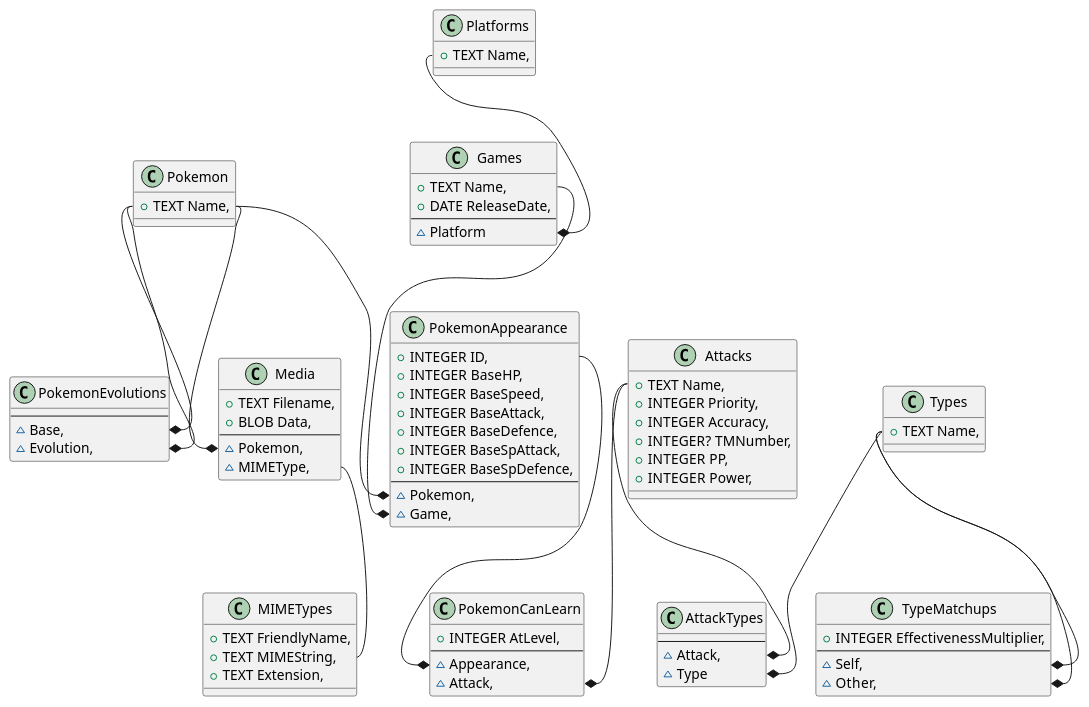
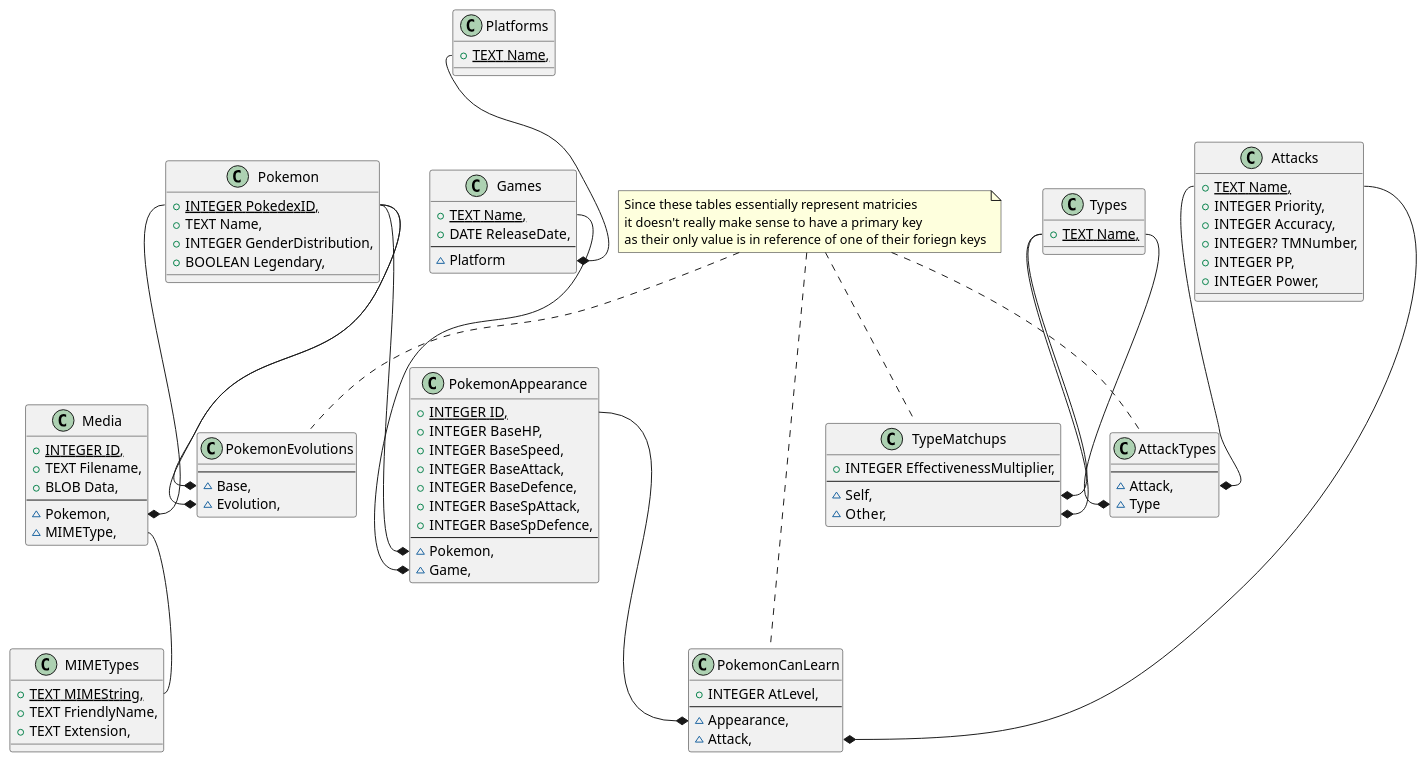
One commit to 0xADD1E/Databases-Project changed the diagram in Phase1/UML.plantuml. Above: the diagram before and after it, drawn with PlantUML.

Commit message:
A'ight I think we finally have it A pretty-complete UML Chart

```diff
--- a/Phase1/UML.plantuml
+++ b/Phase1/UML.plantuml
@@ -1,86 +1,96 @@
 @startuml PokemonDB
 
 class Pokemon {
+    {static}+INTEGER PokedexID,
     +TEXT Name,
+    +INTEGER GenderDistribution,
+    +BOOLEAN Legendary,
 }
 class PokemonEvolutions{
     ---
     ~Base,
     ~Evolution,
 }
 class PokemonAppearance{
-    +INTEGER ID,
+    {static}+INTEGER ID,
     +INTEGER BaseHP,
     +INTEGER BaseSpeed,
     +INTEGER BaseAttack,
     +INTEGER BaseDefence,
     +INTEGER BaseSpAttack,
     +INTEGER BaseSpDefence,
     ---
     ~Pokemon,
     ~Game,
 }
 class PokemonCanLearn{
     +INTEGER AtLevel,
     ---
     ~Appearance,
     ~Attack,
 }
 class Types{
-    +TEXT Name,
+    {static}+TEXT Name,
 }
 class TypeMatchups{
     +INTEGER EffectivenessMultiplier,
     ---
     ~Self,
     ~Other,
 }
 class Attacks{
-    +TEXT Name,
+    {static}+TEXT Name,
     +INTEGER Priority,
     +INTEGER Accuracy,
     +INTEGER? TMNumber,
     +INTEGER PP,
     +INTEGER Power,
 }
 class AttackTypes{
     ---
     ~Attack,
     ~Type
 }
 class Media{
+    {static}+INTEGER ID,
     +TEXT Filename,
     +BLOB Data,
     ---
     ~Pokemon,
     ~MIMEType,
 }
 class MIMETypes{
+    {static}+TEXT MIMEString,
     +TEXT FriendlyName,
-    +TEXT MIMEString,
     +TEXT Extension,
 }
 class Games{
-    +TEXT Name,
+    {static}+TEXT Name,
     +DATE ReleaseDate,
     ---
     ~Platform
 }
 class Platforms{
-    +TEXT Name,
+    {static}+TEXT Name,
 }
 
+note "Since these tables essentially represent matricies\nit doesn't really make sense to have a primary key\nas their only value is in reference of one of their foriegn keys" as MatrixNote
+MatrixNote..PokemonCanLearn
+MatrixNote..AttackTypes
+MatrixNote..TypeMatchups
+MatrixNote..PokemonEvolutions
+
 Platforms::Name --* Games::Platform
-Pokemon::Name --* Media::Pokemon
-Pokemon::Name --* PokemonAppearance::Pokemon
-Pokemon::Name --* PokemonEvolutions::Base
-Pokemon::Name --* PokemonEvolutions::Evolution
+Pokemon::PokedexID --* Media::Pokemon
+Pokemon::PokedexID --* PokemonAppearance::Pokemon
+Pokemon::PokedexID --* PokemonEvolutions::Base
+Pokemon::PokedexID --* PokemonEvolutions::Evolution
 Games::Name --* PokemonAppearance::Game
 PokemonAppearance::ID --* PokemonCanLearn::Appearance
 Attacks::Name --* PokemonCanLearn::Attack
 Attacks::Name --* AttackTypes::Attack
 Types::Name --* AttackTypes::Type
 Types::Name --* TypeMatchups::Self
 Types::Name --* TypeMatchups::Other
 Media::MIMEType -- MIMETypes::MIMEString
 @enduml
```
